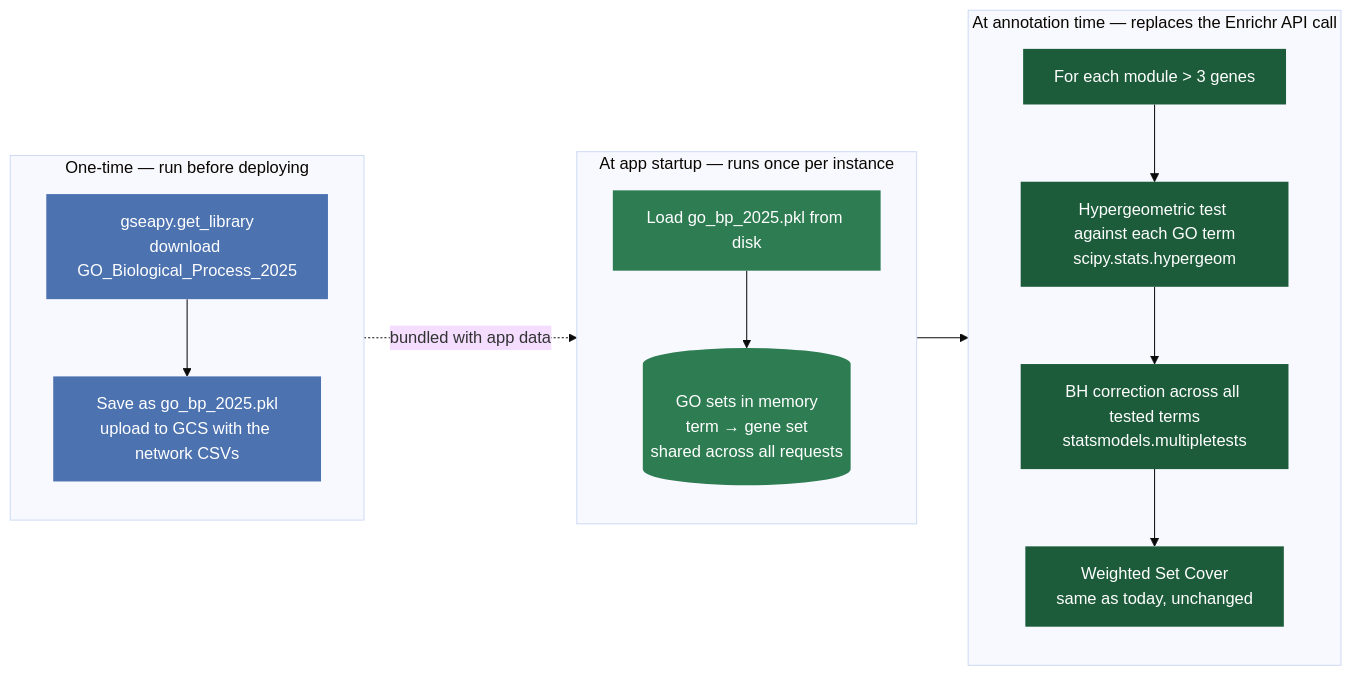
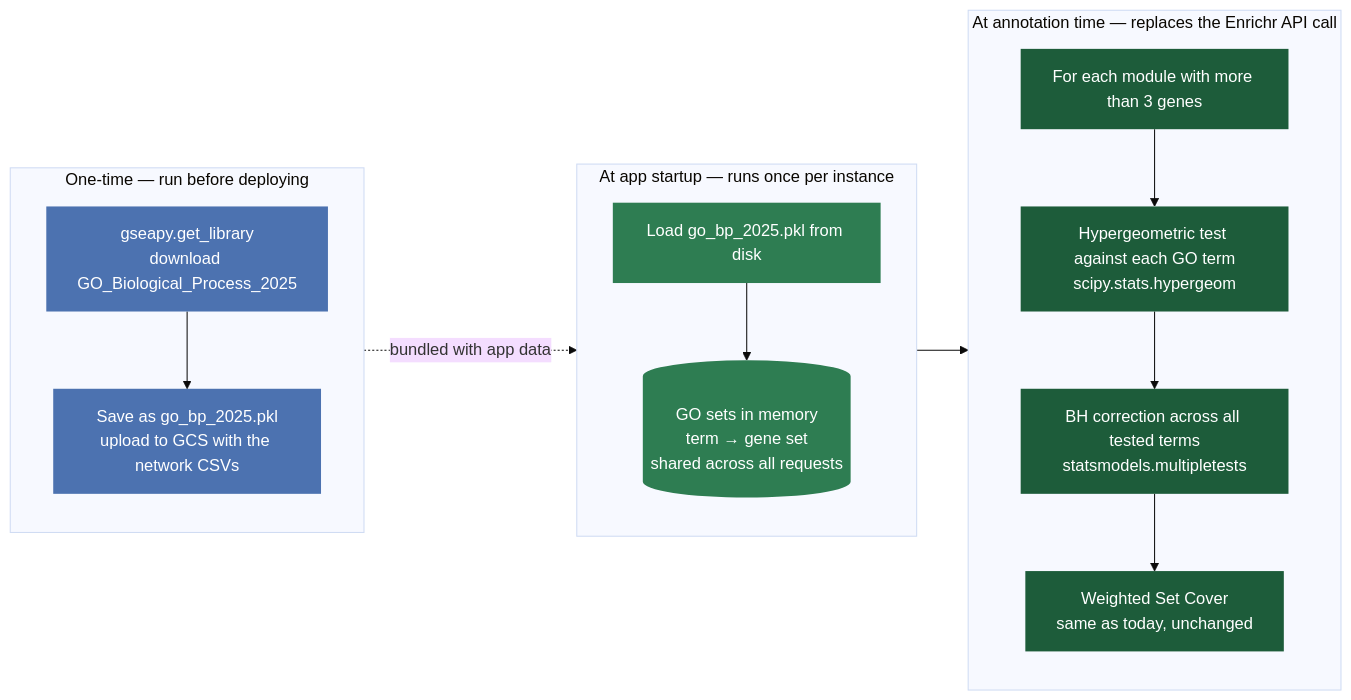
Before and after one commit to EMBL-EBI-ABC/PerturbationCatalogue: the third of 3 diagrams in coessentiality_feature/documentation/gene_list_workflow.md, drawn with Mermaid (base theme). The commit also changed other lines of this file and 1 other file, not shown here.

````diff
--- a/coessentiality_feature/documentation/gene_list_workflow.md
+++ b/coessentiality_feature/documentation/gene_list_workflow.md
@@ -172,30 +172,30 @@
 ```mermaid
 flowchart LR
 
 classDef once   fill:#4C72B0,color:#fff,stroke:none
 classDef boot   fill:#2E7D52,color:#fff,stroke:none
 classDef live   fill:#1D5C3A,color:#fff,stroke:none
 
 subgraph ONCE["One-time — run before deploying"]
     A[gseapy.get_library\ndownload GO_Biological_Process_2025]:::once
     B[Save as go_bp_2025.pkl\nupload to GCS with the network CSVs]:::once
     A --> B
 end
 
 subgraph BOOT["At app startup — runs once per instance"]
     C[Load go_bp_2025.pkl from disk]:::boot
     D[(GO sets in memory\nterm → gene set\nshared across all requests)]:::boot
     C --> D
 end
 
 subgraph LIVE["At annotation time — replaces the Enrichr API call"]
-    E[For each module > 3 genes]:::live
+    E[For each module with more than 3 genes]:::live
     F[Hypergeometric test against each GO term\nscipy.stats.hypergeom]:::live
     G[BH correction across all tested terms\nstatsmodels.multipletests]:::live
     H[Weighted Set Cover\nsame as today, unchanged]:::live
     E --> F --> G --> H
 end
 
 ONCE -.->|bundled with app data| BOOT
 BOOT --> LIVE
 ```
````
